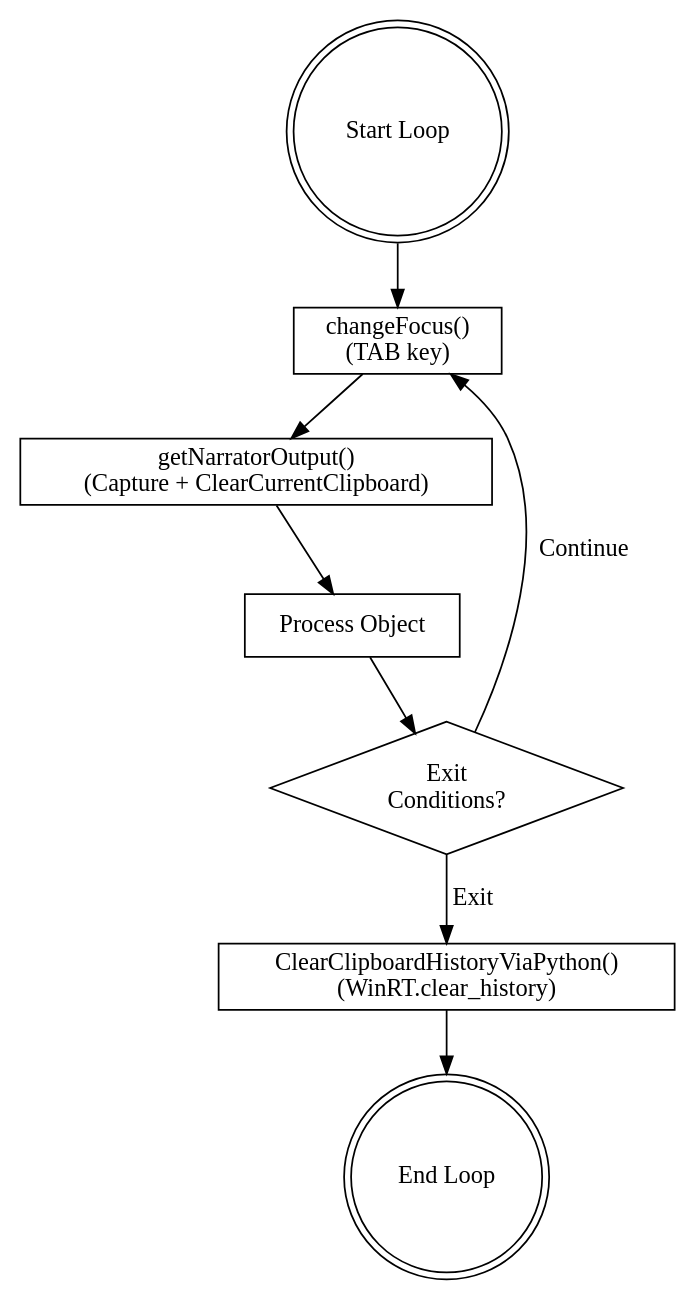
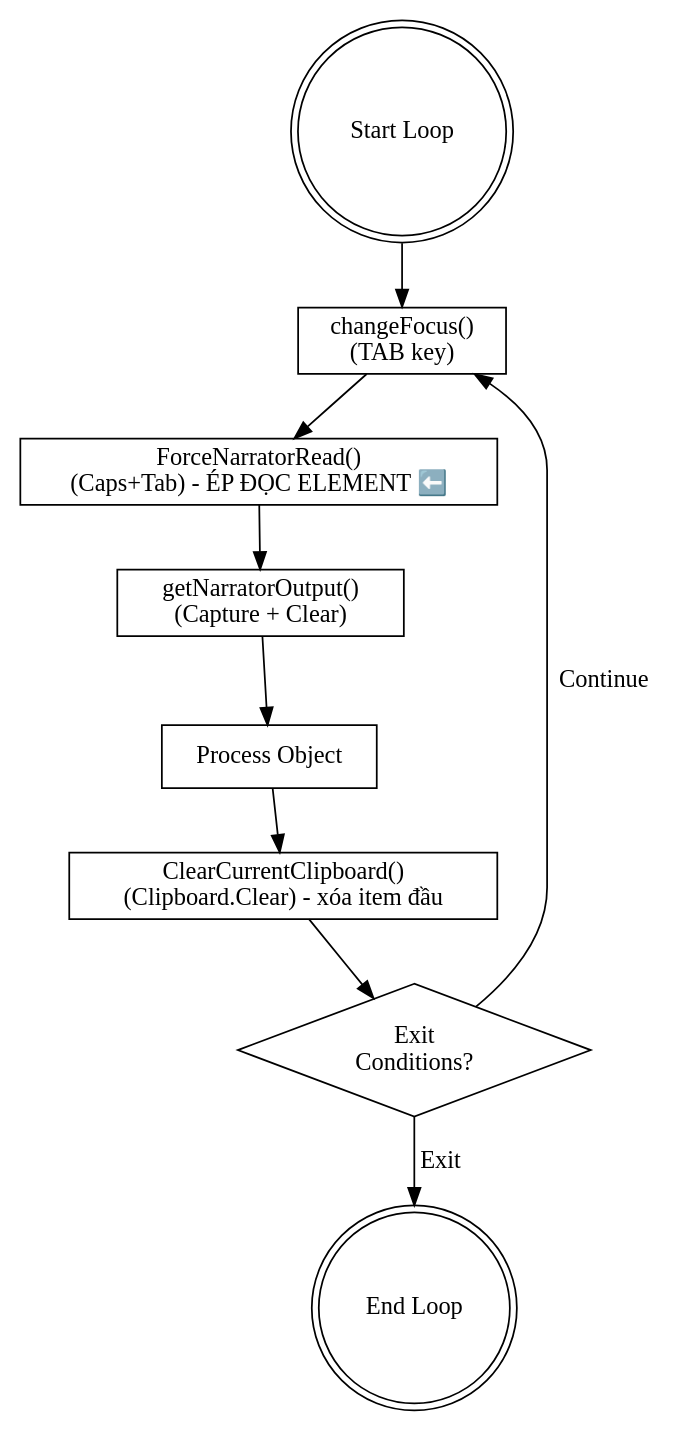
The second of 2 diagrams in docs/superpowers/plans/2026-03-17-getnarratoroutput-csharp.md (an-h12/test), drawn with Graphviz before and after one commit. The commit also changed other lines of this file, not shown here.

````diff
--- a/docs/superpowers/plans/2026-03-17-getnarratoroutput-csharp.md
+++ b/docs/superpowers/plans/2026-03-17-getnarratoroutput-csharp.md
@@ -52,22 +52,26 @@
 ```dot
 digraph TestLoopWorkflow {
     rankdir=TB;
     start_loop [shape=doublecircle, label="Start Loop"];
 
+    // Vòng lặp chính
     change_focus [shape=box, label="changeFocus()\n(TAB key)"];
-    narrator_output [shape=box, label="getNarratorOutput()\n(Capture + ClearCurrentClipboard)"];
+    force_read [shape=box, label="ForceNarratorRead()\n(Caps+Tab) - ÉP ĐỌC ELEMENT ⬅️"];
+    narrator_output [shape=box, label="getNarratorOutput()\n(Capture + Clear)"];
     process_object [shape=box, label="Process Object"];
     check_exit [shape=diamond, label="Exit\nConditions?"];
     end_loop [shape=doublecircle, label="End Loop"];
 
-    clear_history_python [shape=box, label="ClearClipboardHistoryViaPython()\n(WinRT.clear_history)"];
+    // Clear clipboard options
+    clear_current [shape=box, label="ClearCurrentClipboard()\n(Clipboard.Clear) - xóa item đầu"];
 
     start_loop -> change_focus;
-    change_focus -> narrator_output;
+    change_focus -> force_read;
+    force_read -> narrator_output;
     narrator_output -> process_object;
-    process_object -> check_exit;
+    process_object -> clear_current;
+    clear_current -> check_exit;
     check_exit -> change_focus [label="Continue"];
-    check_exit -> clear_history_python [label="Exit"];
-    clear_history_python -> end_loop;
+    check_exit -> end_loop [label="Exit"];
 }
 ```
````
